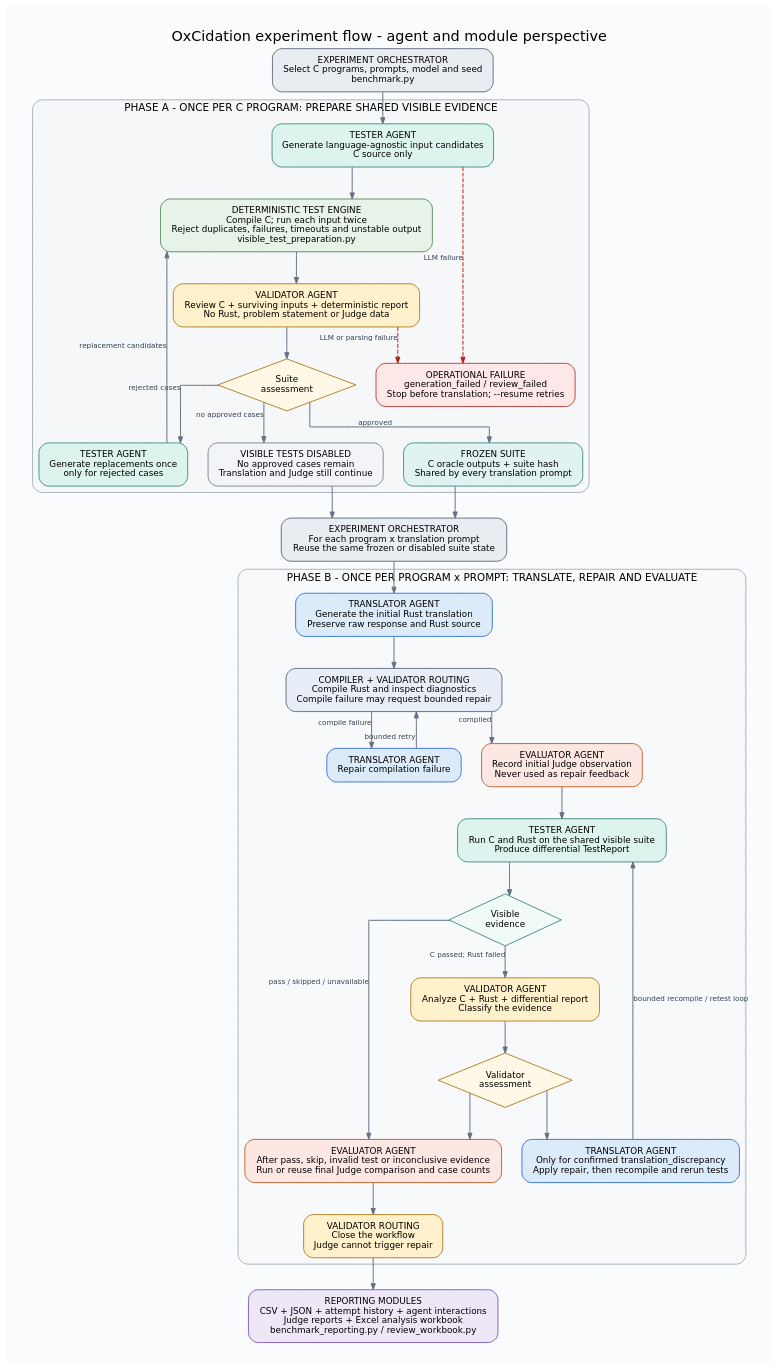
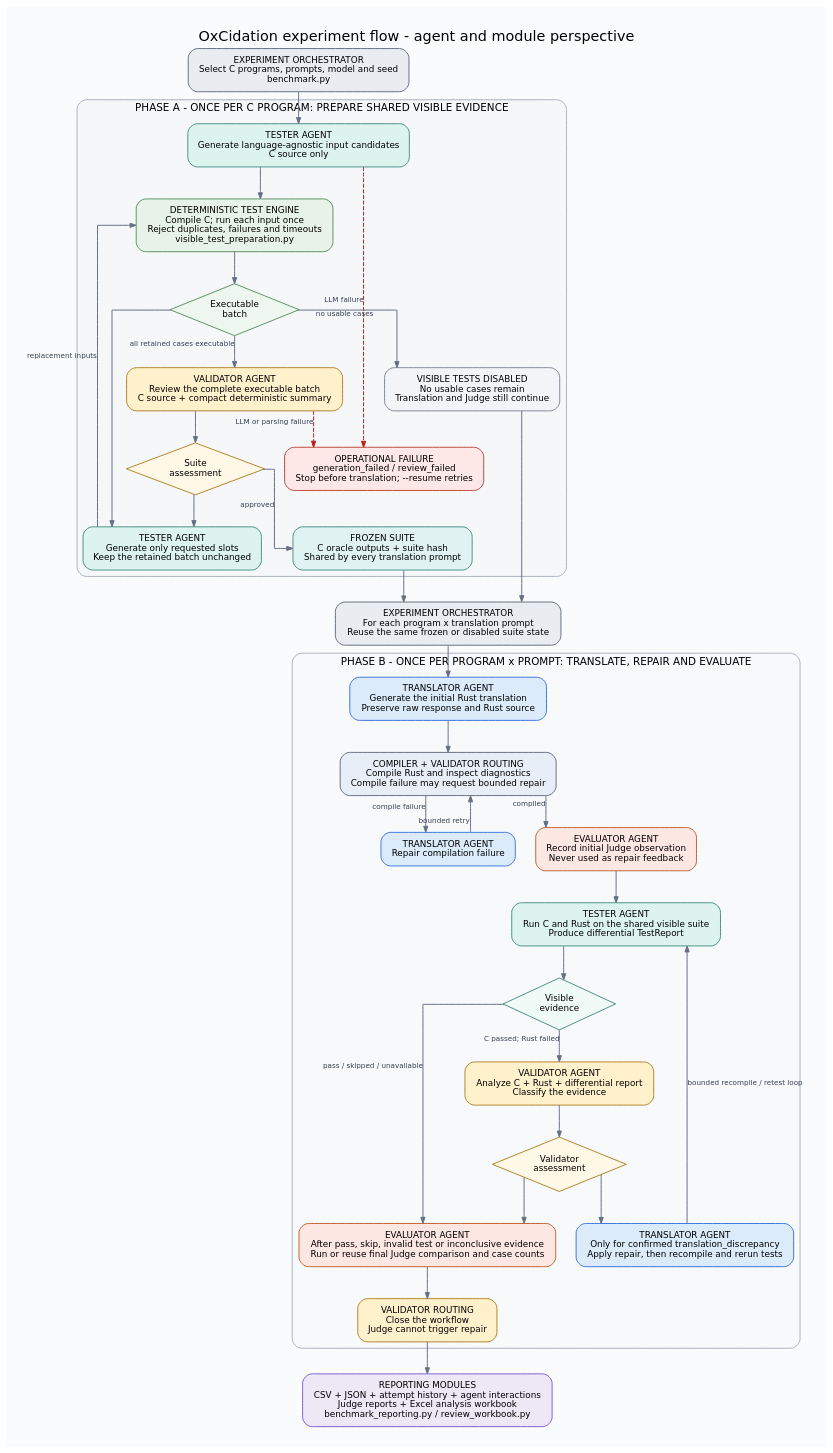
Before and after one commit to gesad-science/OxCidation: the diagram in docs-shared/assets/experiment-agent-flow.dot, drawn with Graphviz. The commit also changed 24 other files, not shown here.

Commit message:
docs: update visible test pipeline guidance

```diff
--- a/docs-shared/assets/experiment-agent-flow.dot
+++ b/docs-shared/assets/experiment-agent-flow.dot
@@ -50,12 +50,21 @@
       color="#267A6E"
     ];
     deterministic [
-      label="DETERMINISTIC TEST ENGINE\nCompile C; run each input twice\nReject duplicates, failures, timeouts and unstable output\nvisible_test_preparation.py",
+      label="DETERMINISTIC TEST ENGINE\nCompile C; run each input once\nReject duplicates, failures and timeouts\nvisible_test_preparation.py",
       fillcolor="#E7F3E8",
       color="#3A7D44"
     ];
+    deterministic_decision [
+      shape=diamond,
+      style=filled,
+      label="Executable\nbatch",
+      fillcolor="#EEF7EF",
+      color="#3A7D44",
+      width=1.4,
+      height=0.9
+    ];
     suite_review [
-      label="VALIDATOR AGENT\nReview C + surviving inputs + deterministic report\nNo Rust, problem statement or Judge data",
+      label="VALIDATOR AGENT\nReview the complete executable batch\nC source + compact deterministic summary",
       fillcolor="#FFF1CC",
       color="#A46A00"
     ];
@@ -69,7 +78,7 @@
       height=0.9
     ];
     regenerate [
-      label="TESTER AGENT\nGenerate replacements once\nonly for rejected cases",
+      label="TESTER AGENT\nGenerate only requested slots\nKeep the retained batch unchanged",
       fillcolor="#DDF3EE",
       color="#267A6E"
     ];
@@ -79,7 +88,7 @@
       color="#267A6E"
     ];
     unavailable [
-      label="VISIBLE TESTS DISABLED\nNo approved cases remain\nTranslation and Judge still continue",
+      label="VISIBLE TESTS DISABLED\nNo usable cases remain\nTranslation and Judge still continue",
       fillcolor="#F2F4F7",
       color="#667085"
     ];
@@ -90,12 +99,14 @@
     ];
 
     generate -> deterministic;
-    deterministic -> suite_review;
+    deterministic -> deterministic_decision;
+    deterministic_decision -> suite_review [xlabel="all retained cases executable"];
+    deterministic_decision -> regenerate;
     suite_review -> suite_decision;
     suite_decision -> frozen [xlabel="approved"];
-    suite_decision -> regenerate [xlabel="rejected cases"];
-    regenerate -> deterministic [xlabel="replacement candidates"];
-    suite_decision -> unavailable [xlabel="no approved cases"];
+    suite_decision -> regenerate;
+    regenerate -> deterministic [xlabel="replacement inputs"];
+    deterministic_decision -> unavailable [xlabel="no usable cases"];
     generate -> operational [style=dashed, color="#B42318", xlabel="LLM failure"];
     suite_review -> operational [style=dashed, color="#B42318", xlabel="LLM or parsing failure"];
   }
```
